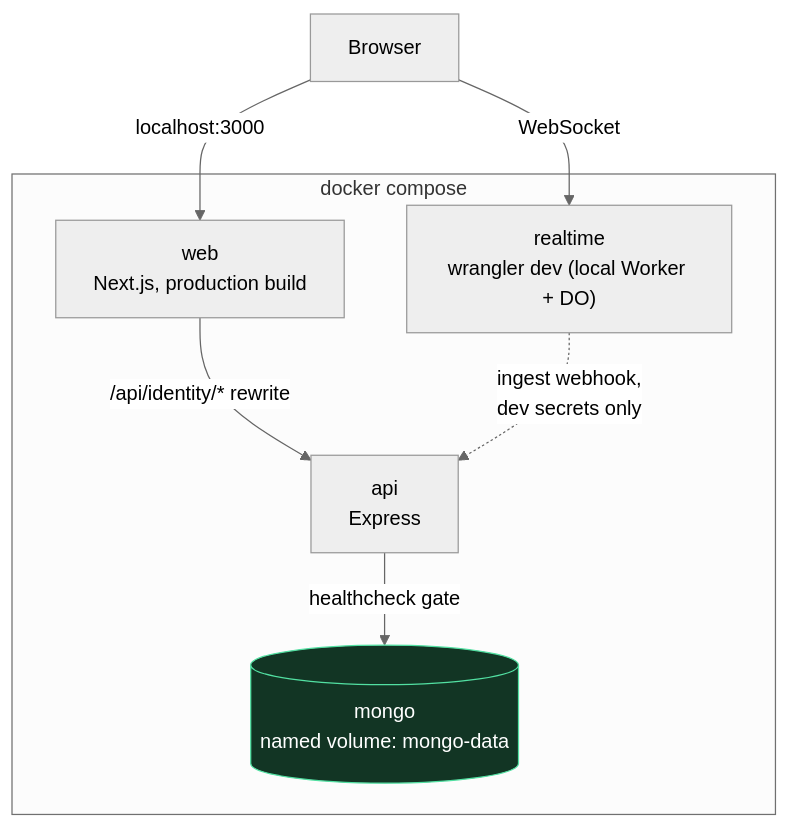
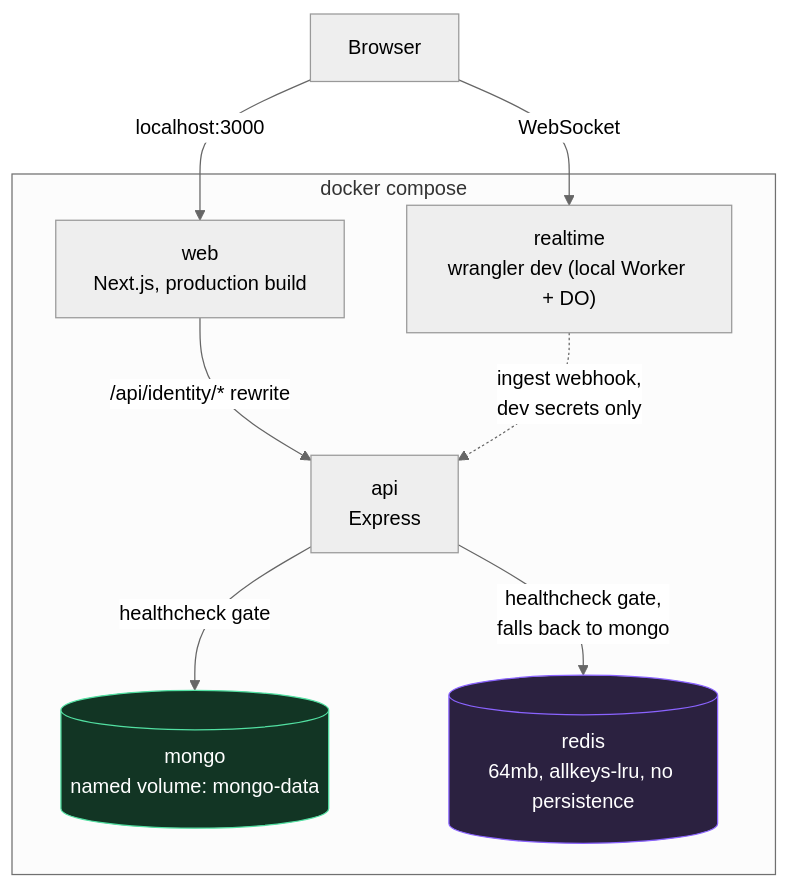
One commit to hoangsonww/Threadline-RealTime-Collab changed the first of 2 diagrams in docs/containers-and-kubernetes.md. Above: the diagram before and after it, drawn with Mermaid (neutral theme). The commit also changed other lines of this file and 22 other files, not shown here.

````diff
--- a/docs/containers-and-kubernetes.md
+++ b/docs/containers-and-kubernetes.md
@@ -30,16 +30,19 @@
 ```mermaid
 graph TB
     subgraph compose["docker compose"]
         web["web<br/>Next.js, production build"]
         api["api<br/>Express"]
         realtime["realtime<br/>wrangler dev (local Worker + DO)"]
         mongo[("mongo<br/>named volume: mongo-data")]
+        redis[("redis<br/>64mb, allkeys-lru, no persistence")]
     end
     Browser -->|"localhost:3000"| web
     web -->|"/api/identity/* rewrite"| api
     Browser -->|"WebSocket"| realtime
     api -->|"healthcheck gate"| mongo
+    api -->|"healthcheck gate,<br/>falls back to mongo"| redis
     realtime -.->|"ingest webhook,<br/>dev secrets only"| api
 
     style mongo fill:#123524,stroke:#52e0a2,color:#fff
+    style redis fill:#2b2140,stroke:#8a63ff,color:#fff
 ```
````
